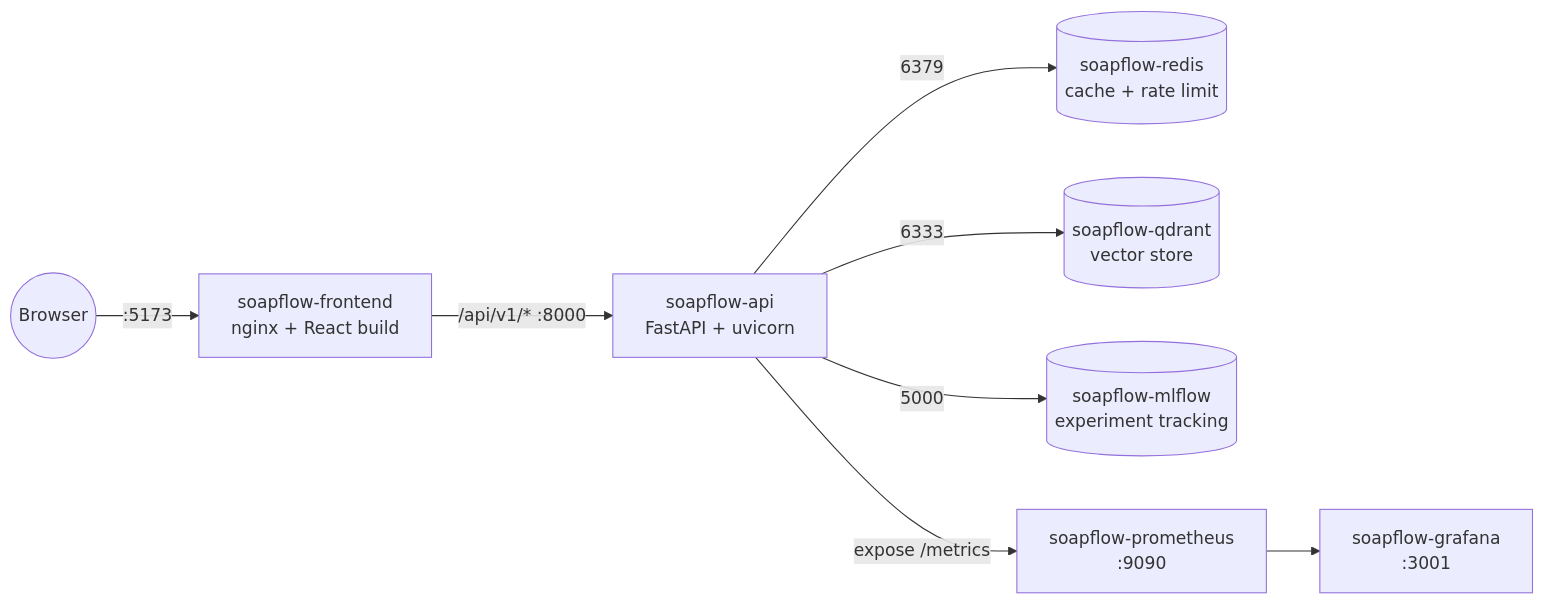
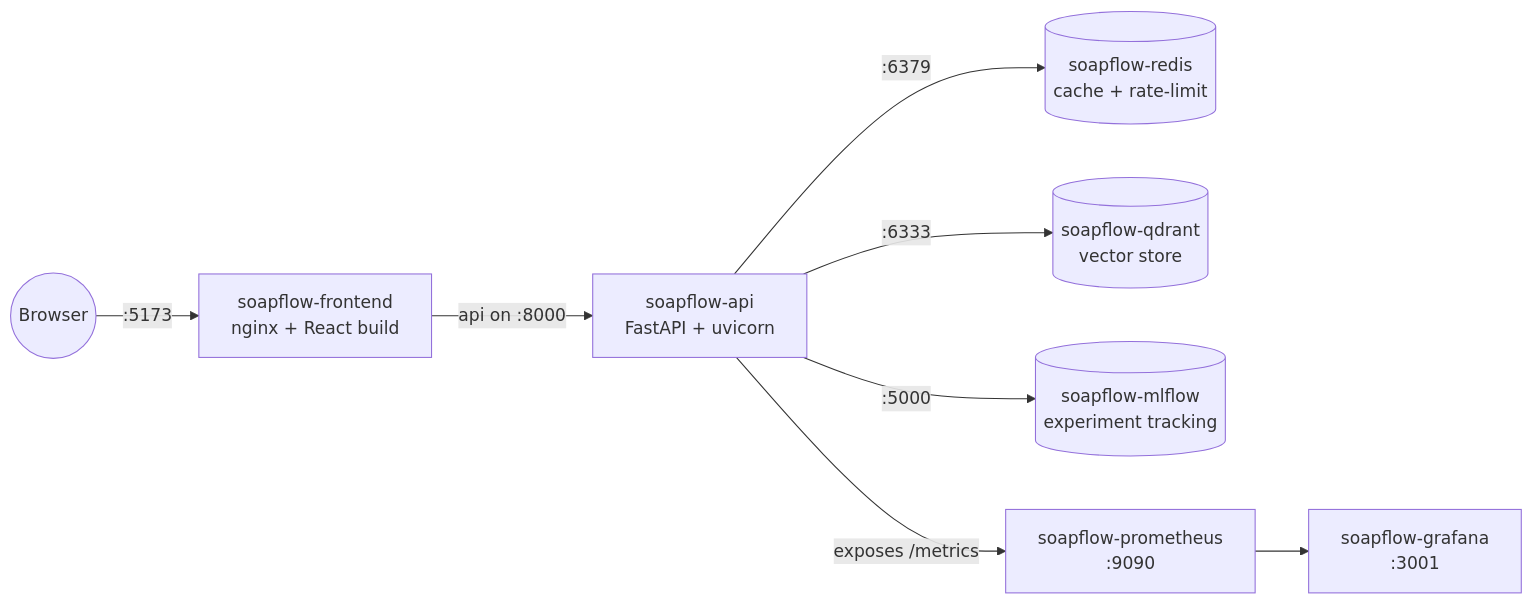
The fifth of 6 diagrams in README.md (sushildalavi/SOAPFlow-Clinical-Transcript-to-SOAP-Note-Platform), drawn with Mermaid before and after one commit. The commit also changed other lines of this file, not shown here.

Commit message:
harden mermaid: drop xychart-beta (was failing chunk-load), quote cylinder labels, depara sequence diagrams

````diff
--- a/README.md
+++ b/README.md
@@ -616,10 +616,10 @@
 ```mermaid
 flowchart LR
-    Browser((Browser)) -->|:5173| FE[soapflow-frontend<br/>nginx + React build]
-    FE -->|/api/v1/* :8000| BE[soapflow-api<br/>FastAPI + uvicorn]
-    BE -->|6379| RD[(soapflow-redis<br/>cache + rate limit)]
-    BE -->|6333| QD[(soapflow-qdrant<br/>vector store)]
-    BE -->|5000| ML[(soapflow-mlflow<br/>experiment tracking)]
-    BE -->|expose /metrics| PR[soapflow-prometheus<br/>:9090]
-    PR --> GR[soapflow-grafana<br/>:3001]
+    Browser((Browser)) -->|:5173| FE["soapflow-frontend<br/>nginx + React build"]
+    FE -->|api on :8000| BE["soapflow-api<br/>FastAPI + uvicorn"]
+    BE -->|:6379| RD[("soapflow-redis<br/>cache + rate-limit")]
+    BE -->|:6333| QD[("soapflow-qdrant<br/>vector store")]
+    BE -->|:5000| ML[("soapflow-mlflow<br/>experiment tracking")]
+    BE -->|exposes /metrics| PR["soapflow-prometheus<br/>:9090"]
+    PR --> GR["soapflow-grafana<br/>:3001"]
 ```
````
